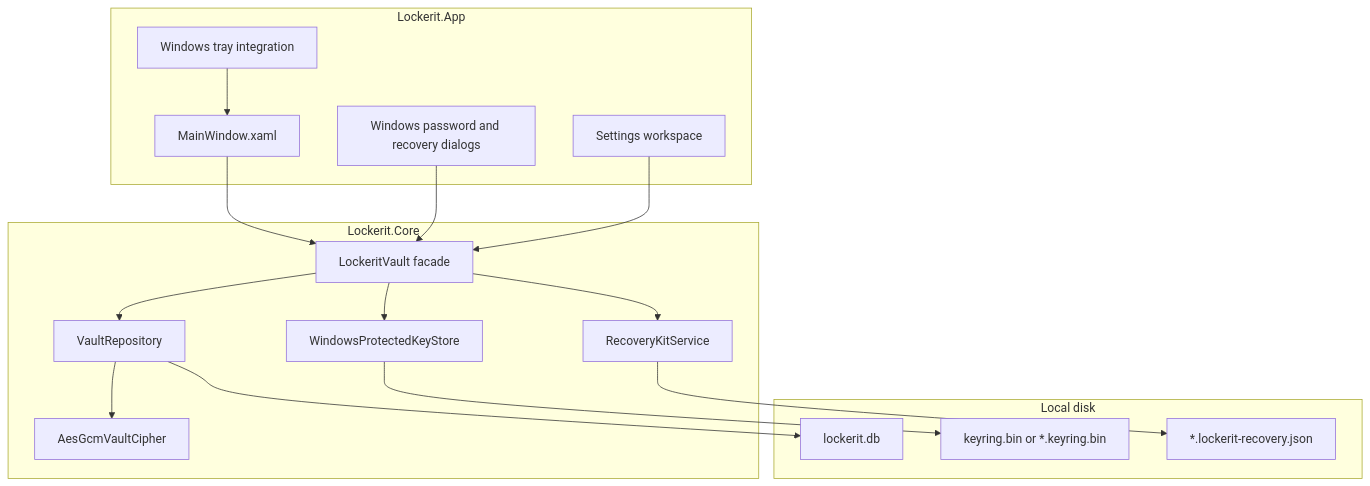
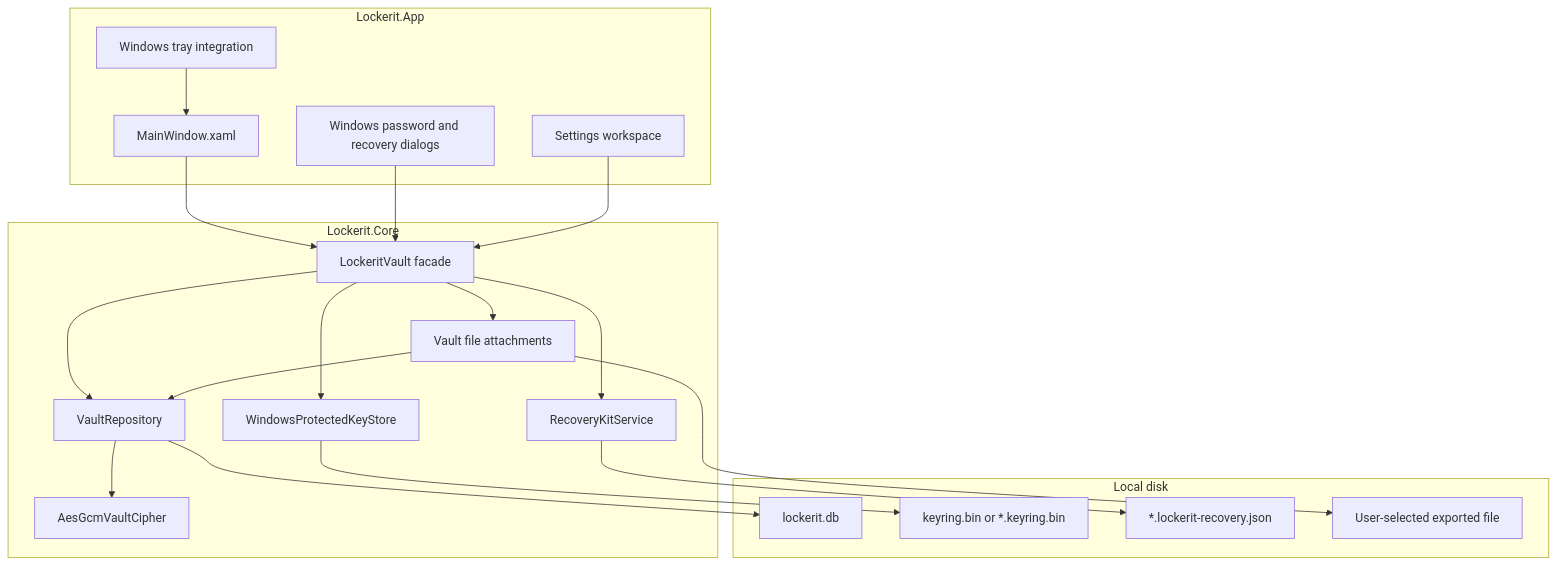
One commit to viamus/locker-it changed the third of 4 diagrams in README.md. Above: the diagram before and after it, drawn with Mermaid. The commit also changed other lines of this file and 23 other files, not shown here.

````diff
--- a/README.md
+++ b/README.md
@@ -97,35 +109,40 @@
 ```mermaid
 flowchart TB
     subgraph UI["Lockerit.App"]
         MainWindow["MainWindow.xaml"]
         Dialogs["Windows password and recovery dialogs"]
         Settings["Settings workspace"]
         Tray["Windows tray integration"]
     end
 
     subgraph Core["Lockerit.Core"]
         Vault["LockeritVault facade"]
         Repository["VaultRepository"]
         Cipher["AesGcmVaultCipher"]
         KeyStore["WindowsProtectedKeyStore"]
         RecoveryService["RecoveryKitService"]
+        FileAttachments["Vault file attachments"]
     end
 
     subgraph Disk["Local disk"]
         Database["lockerit.db"]
         KeyFile["keyring.bin or *.keyring.bin"]
         RecoveryFile["*.lockerit-recovery.json"]
+        ExportedFile["User-selected exported file"]
     end
 
     MainWindow --> Vault
     Dialogs --> Vault
     Settings --> Vault
     Tray --> MainWindow
     Vault --> Repository
     Vault --> KeyStore
     Vault --> RecoveryService
+    Vault --> FileAttachments
     Repository --> Cipher
     Repository --> Database
     KeyStore --> KeyFile
     RecoveryService --> RecoveryFile
+    FileAttachments --> Repository
+    FileAttachments --> ExportedFile
 ```
````
